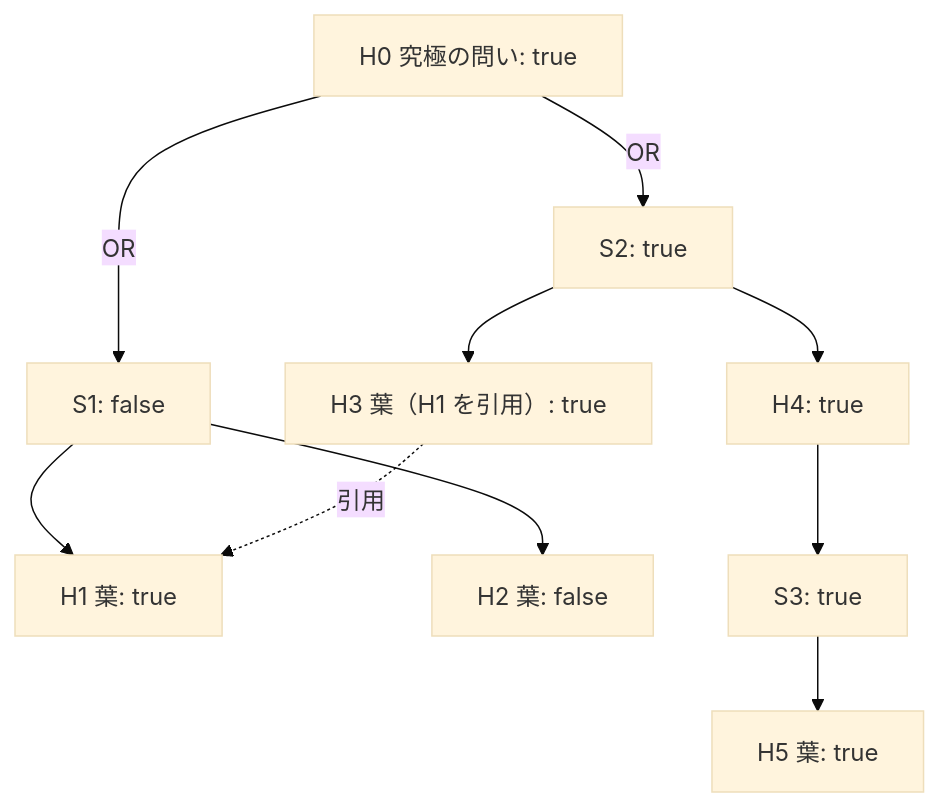
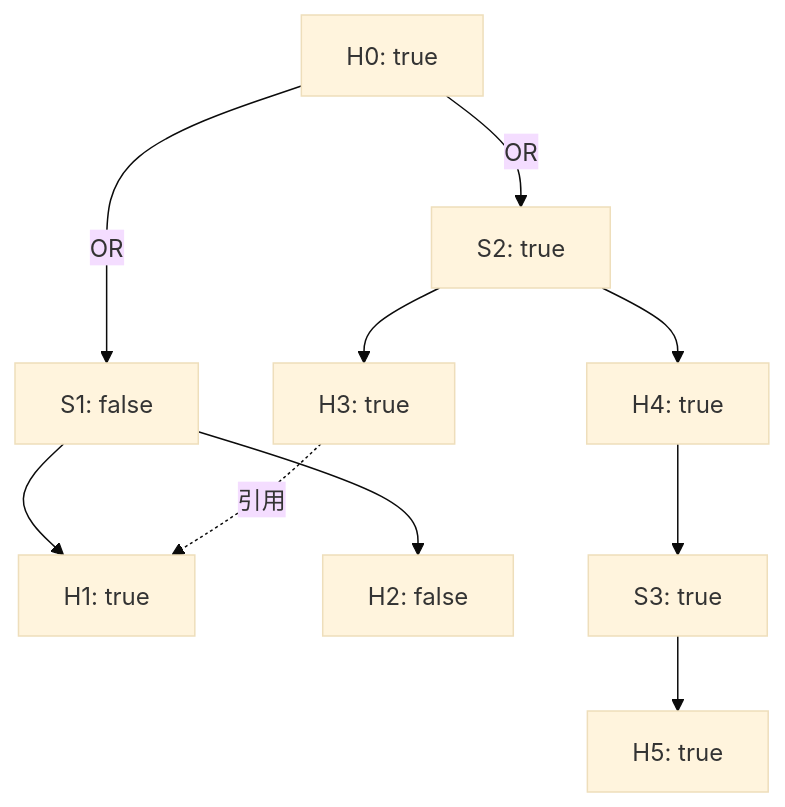
The diagram in docs/tree/propagation.md (yamambainc/logiforge), drawn with Mermaid (base theme) before and after one commit. The commit also changed other lines of this file and 9 other files, not shown here.

First line of the commit message:
docs, design: mermaid の中に説明文を書かない規則を skill に足し、図を直した

````diff
--- a/docs/tree/propagation.md
+++ b/docs/tree/propagation.md
@@ -83,12 +83,12 @@
 ```mermaid
 graph TD
-  H0["H0 究極の問い: true"] -->|OR| S1["S1: false"]
+  H0["H0: true"] -->|OR| S1["S1: false"]
   H0 -->|OR| S2["S2: true"]
-  S1 --> H1["H1 葉: true"]
-  S1 --> H2["H2 葉: false"]
-  S2 --> H3["H3 葉（H1 を引用）: true"]
+  S1 --> H1["H1: true"]
+  S1 --> H2["H2: false"]
+  S2 --> H3["H3: true"]
   S2 --> H4["H4: true"]
   H4 --> S3["S3: true"]
-  S3 --> H5["H5 葉: true"]
+  S3 --> H5["H5: true"]
   H3 -. 引用 .-> H1
 ```
````
